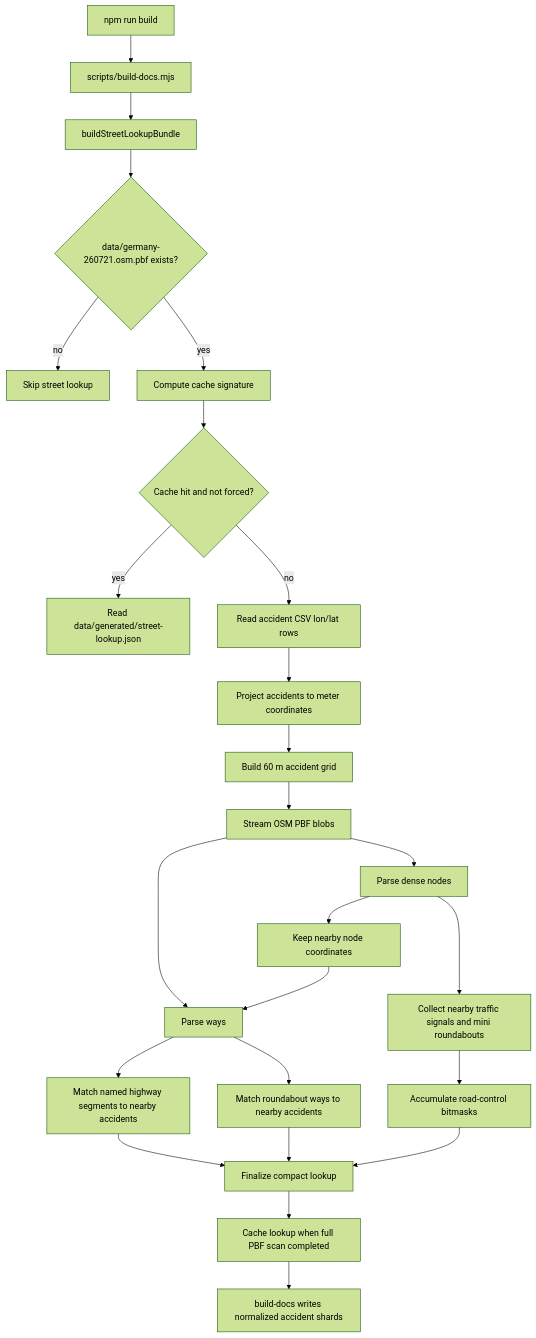
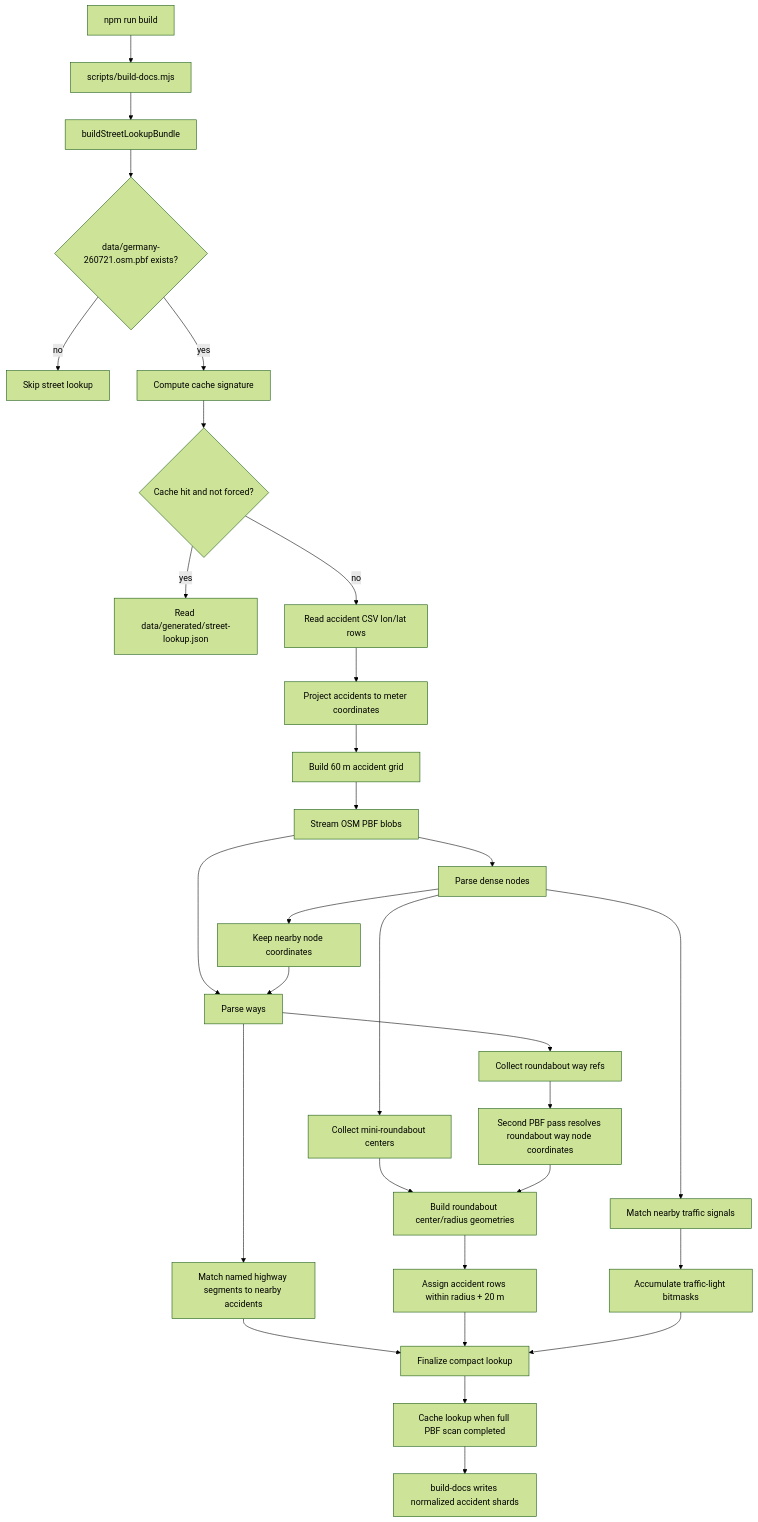
The diagram in STREET_LOOKUP_PIPELINE.md (kachurovskiy/sichereknoten), drawn with Mermaid (forest theme) before and after one commit. The commit also changed other lines of this file and 52 other files, not shown here.

Commit message:
Center roundabout clusters on OSM geometry

````diff
--- a/STREET_LOOKUP_PIPELINE.md
+++ b/STREET_LOOKUP_PIPELINE.md
@@ -7,27 +7,32 @@
 ```mermaid
 flowchart TD
   A[npm run build] --> B[scripts/build-docs.mjs]
   B --> C[buildStreetLookupBundle]
   C --> D{data/germany-260721.osm.pbf exists?}
   D -- no --> E[Skip street lookup]
   D -- yes --> F[Compute cache signature]
   F --> G{Cache hit and not forced?}
   G -- yes --> H[Read data/generated/street-lookup.json]
   G -- no --> I[Read accident CSV lon/lat rows]
   I --> J[Project accidents to meter coordinates]
   J --> K[Build 60 m accident grid]
   K --> L[Stream OSM PBF blobs]
   L --> M[Parse dense nodes]
   M --> N[Keep nearby node coordinates]
-  M --> O[Collect nearby traffic signals and mini roundabouts]
-  L --> P[Parse ways]
-  N --> P
-  P --> Q[Match named highway segments to nearby accidents]
-  P --> R[Match roundabout ways to nearby accidents]
-  O --> S[Accumulate road-control bitmasks]
-  Q --> T[Finalize compact lookup]
-  R --> T
+  M --> O[Match nearby traffic signals]
+  M --> P1[Collect mini-roundabout centers]
+  L --> P2[Parse ways]
+  N --> P2
+  P2 --> Q[Match named highway segments to nearby accidents]
+  P2 --> R[Collect roundabout way refs]
+  R --> S[Second PBF pass resolves roundabout way node coordinates]
+  P1 --> T[Build roundabout center/radius geometries]
   S --> T
-  T --> U[Cache lookup when full PBF scan completed]
-  U --> V[build-docs writes normalized accident shards]
+  T --> U[Assign accident rows within radius + 20 m]
+  O --> V[Accumulate traffic-light bitmasks]
+  Q --> W[Finalize compact lookup]
+  U --> W
+  V --> W
+  W --> X[Cache lookup when full PBF scan completed]
+  X --> Y[build-docs writes normalized accident shards]
 ```
````
